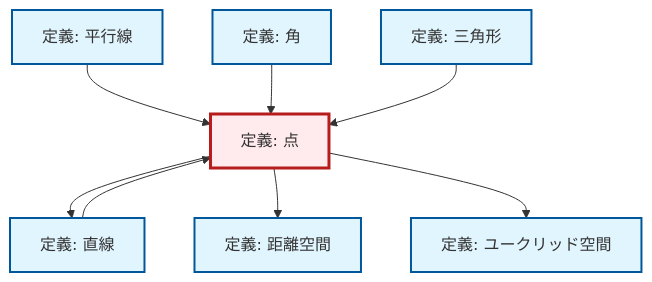
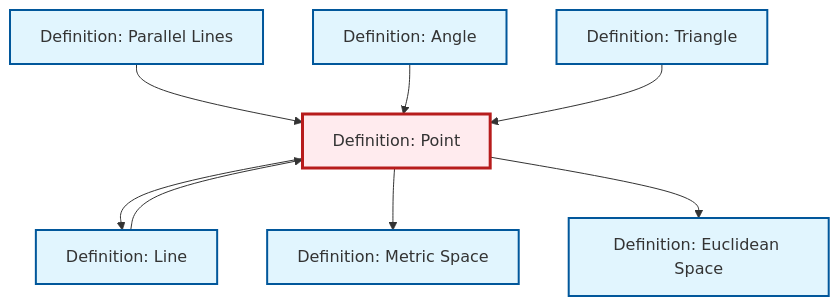
Before and after one commit to RK0429/ModernMath: the diagram in content/ja/geometry/def-point.qmd, drawn with Mermaid. The commit also changed 203 other files, not shown here.

````diff
--- a/content/ja/geometry/def-point.qmd
+++ b/content/ja/geometry/def-point.qmd
@@ -40,31 +40,24 @@
 ```{mermaid}
-%%| fig-cap: "局所依存関係グラフ"
+%%| fig-cap: "Local dependency graph"
 graph TD
     classDef definition fill:#e1f5fe,stroke:#01579b,stroke-width:2px
     classDef theorem fill:#f3e5f5,stroke:#4a148c,stroke-width:2px
     classDef axiom fill:#fff3e0,stroke:#e65100,stroke-width:2px
     classDef example fill:#e8f5e9,stroke:#1b5e20,stroke-width:2px
     classDef current fill:#ffebee,stroke:#b71c1c,stroke-width:3px
-    def-triangle["定義: 三角形"]:::definition
-    def-angle["定義: 角"]:::definition
-    def-parallel["定義: 平行線"]:::definition
-    def-metric-space["定義: 距離空間"]:::definition
-    def-euclidean-space["定義: ユークリッド空間"]:::definition
-    def-point["定義: 点"]:::definition
-    def-line["定義: 直線"]:::definition
+    def-triangle["Definition: Triangle"]:::definition
+    def-angle["Definition: Angle"]:::definition
+    def-parallel["Definition: Parallel Lines"]:::definition
+    def-metric-space["Definition: Metric Space"]:::definition
+    def-euclidean-space["Definition: Euclidean Space"]:::definition
+    def-point["Definition: Point"]:::definition
+    def-line["Definition: Line"]:::definition
     def-parallel --> def-point
     def-point --> def-line
     def-point --> def-metric-space
     def-line --> def-point
     def-point --> def-euclidean-space
     def-angle --> def-point
     def-triangle --> def-point
     class def-point current
-
-    click def-triangle "def-triangle.html" "Go to 定義: 三角形"
-    click def-angle "def-angle.html" "Go to 定義: 角"
-    click def-parallel "def-parallel.html" "Go to 定義: 平行線"
-    click def-metric-space "def-metric-space.html" "Go to 定義: 距離空間"
-    click def-euclidean-space "def-euclidean-space.html" "Go to 定義: ユークリッド空間"
-    click def-line "def-line.html" "Go to 定義: 直線"
 ```
````
